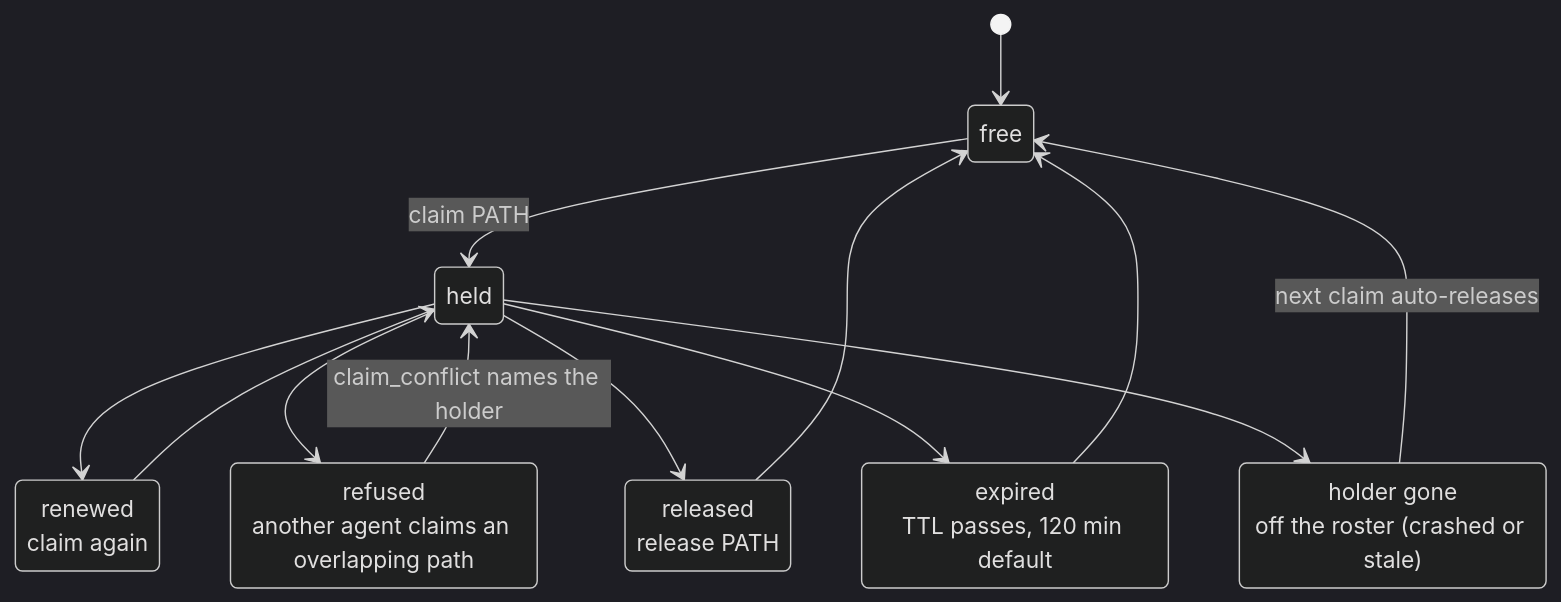
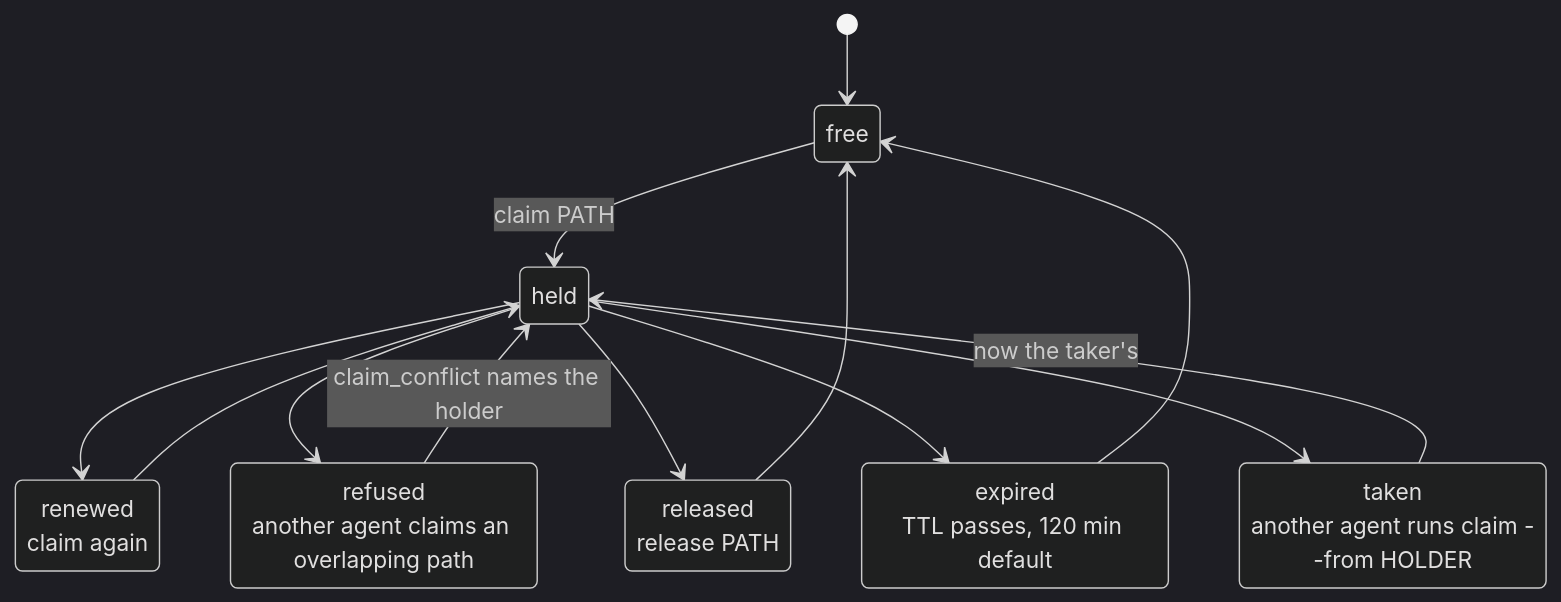
One commit to wickdninja/agentbus changed the diagram in docs/diagrams/claims.mmd. Above: the diagram before and after it, drawn with Mermaid (dark theme). The commit also changed 20 other files, not shown here.

```diff
--- a/docs/diagrams/claims.mmd
+++ b/docs/diagrams/claims.mmd
@@ -1,22 +1,22 @@
 stateDiagram-v2
     direction TB
     state "free" as free
     state "held" as held
     state "renewed<br/>claim again" as renewed
     state "refused<br/>another agent claims an overlapping path" as refused
     state "released<br/>release PATH" as released
     state "expired<br/>TTL passes, 120 min default" as expired
-    state "holder gone<br/>off the roster (crashed or stale)" as gone
+    state "taken<br/>another agent runs claim --from HOLDER" as taken
 
     [*] --> free
     free --> held: claim PATH
     held --> renewed
     renewed --> held
     held --> refused
     refused --> held: claim_conflict names the holder
     held --> released
     held --> expired
-    held --> gone
+    held --> taken
     released --> free
     expired --> free
-    gone --> free: next claim auto-releases
+    taken --> held: now the taker's
```
